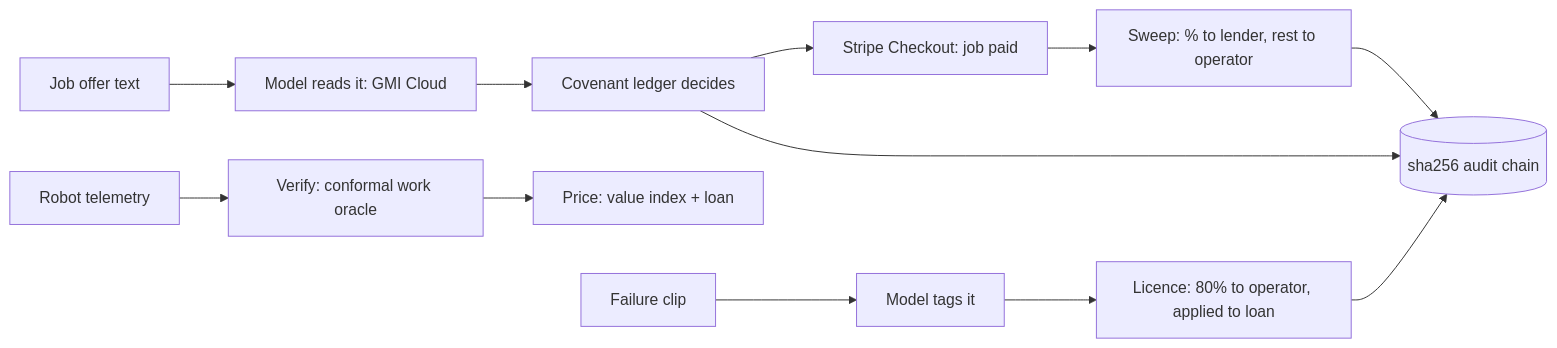
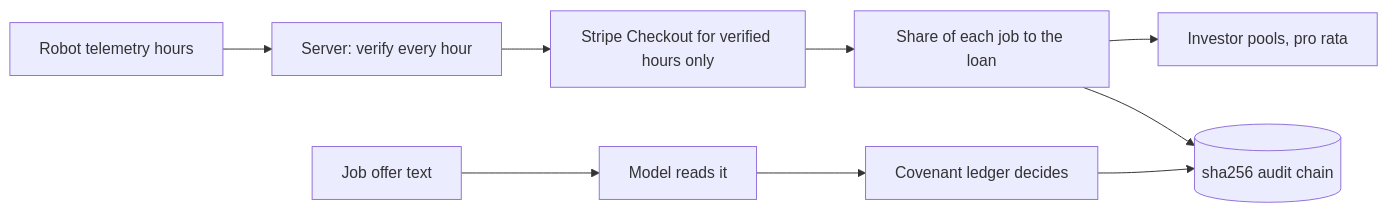
The diagram in README.md (KarinaKKarinaK/c0mpile-YC), drawn with Mermaid before and after one commit. The commit also changed other lines of this file and 8 other files, not shown here.

Commit message:
Server-side hour verification and once-only settlement, honest oracle eval with what slips through, README truth pass; transparent nav, calculator below hero, spaced photos

````diff
--- a/README.md
+++ b/README.md
@@ -58,12 +47,10 @@
 ```mermaid
 flowchart LR
-  T[Robot telemetry] --> V[Verify: conformal work oracle]
-  O[Job offer text] --> M[Model reads it: GMI Cloud] --> C[Covenant ledger decides]
-  V --> P[Price: value index + loan]
-  C --> S[Stripe Checkout: job paid]
-  S --> R[Sweep: % to lender, rest to operator]
-  F[Failure clip] --> D[Model tags it] --> L[Licence: 80% to operator, applied to loan]
-  R --> A[(sha256 audit chain)]
-  L --> A
-  C --> A
+  T[Robot telemetry hours] --> S[Server: verify every hour]
+  O[Job offer text] --> M[Model reads it] --> C[Covenant ledger decides]
+  S --> P[Stripe Checkout for verified hours only]
+  P --> R[Share of each job to the loan]
+  R --> I[Investor pools, pro rata]
+  C --> A[(sha256 audit chain)]
+  R --> A
 ```
````
